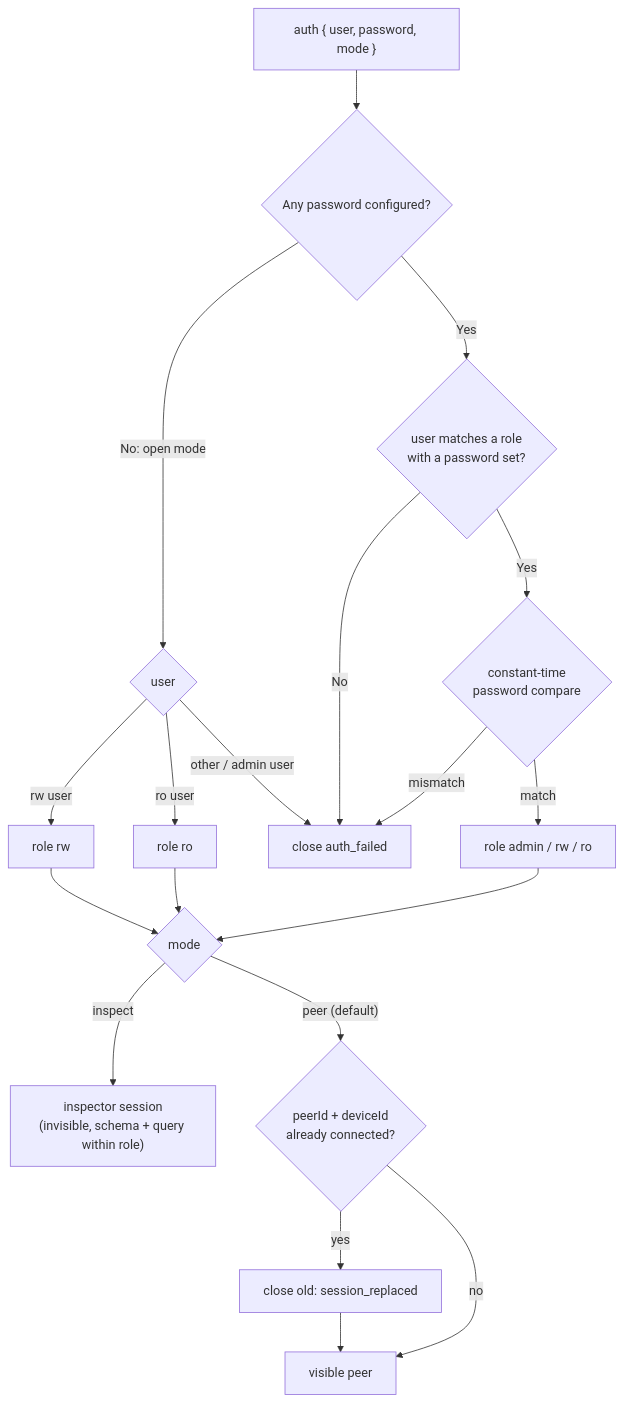
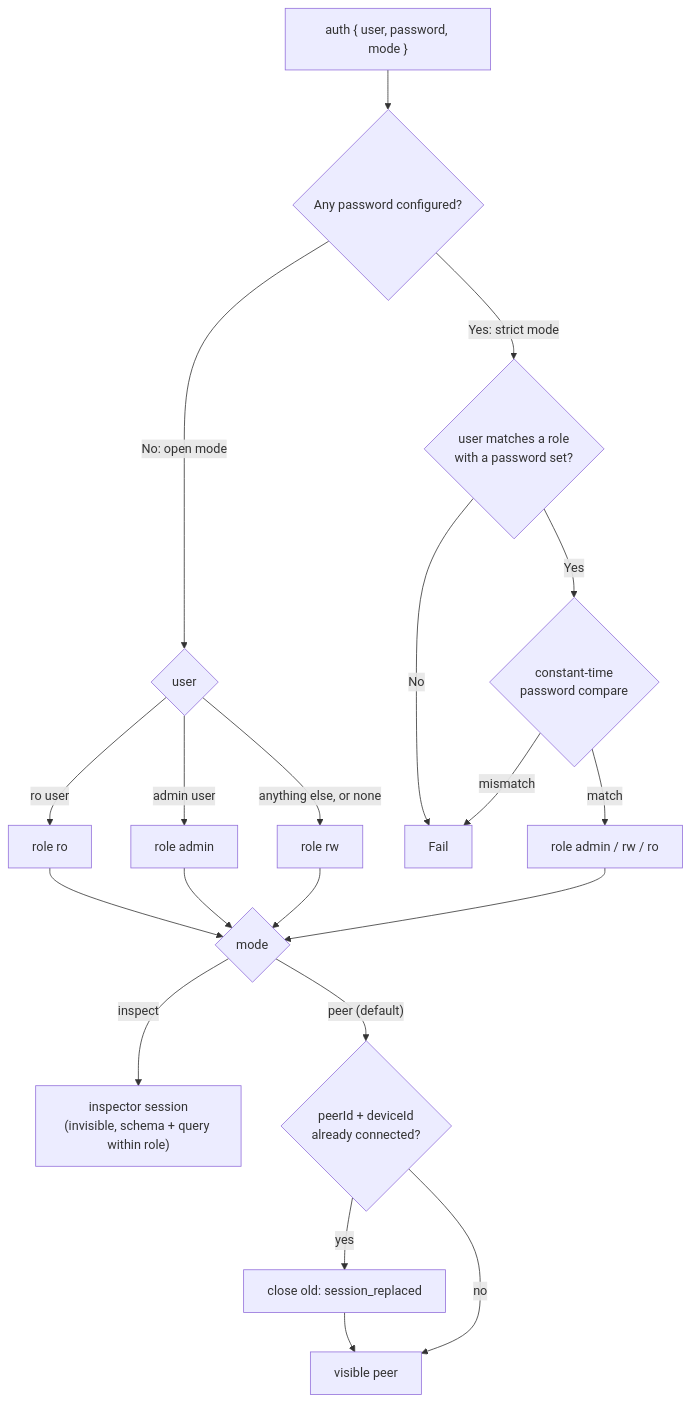
One commit to fullstackedorg/p2p changed the diagram in docs/3-subsystems/auth.md. Above: the diagram before and after it, drawn with Mermaid. The commit also changed other lines of this file and 11 other files, not shown here.

First line of the commit message:
feat: zero-configuration open mode, optional credentials

````diff
--- a/docs/3-subsystems/auth.md
+++ b/docs/3-subsystems/auth.md
@@ -3,20 +3,21 @@
 ```mermaid
 flowchart TD
     Auth["auth { user, password, mode }"] --> Open{"Any password configured?"}
     Open -->|"No: open mode"| OpenUser{"user"}
-    OpenUser -->|"rw user"| RW["role rw"]
     OpenUser -->|"ro user"| RO["role ro"]
-    OpenUser -->|"other / admin user"| Fail["close auth_failed"]
-    Open -->|"Yes"| Lookup{"user matches a role\nwith a password set?"}
+    OpenUser -->|"admin user"| AD["role admin"]
+    OpenUser -->|"anything else, or none"| RW["role rw"]
+    Open -->|"Yes: strict mode"| Lookup{"user matches a role\nwith a password set?"}
     Lookup -->|"No"| Fail
     Lookup -->|"Yes"| Cmp{"constant-time\npassword compare"}
     Cmp -->|"mismatch"| Fail
     Cmp -->|"match"| Role["role admin / rw / ro"]
     Role --> Mode{"mode"}
     RW --> Mode
     RO --> Mode
+    AD --> Mode
     Mode -->|"inspect"| Insp["inspector session\n(invisible, schema + query within role)"]
     Mode -->|"peer (default)"| Ident{"peerId + deviceId\nalready connected?"}
     Ident -->|"yes"| Replace["close old: session_replaced"] --> Peer["visible peer"]
     Ident -->|"no"| Peer
 ```
````
